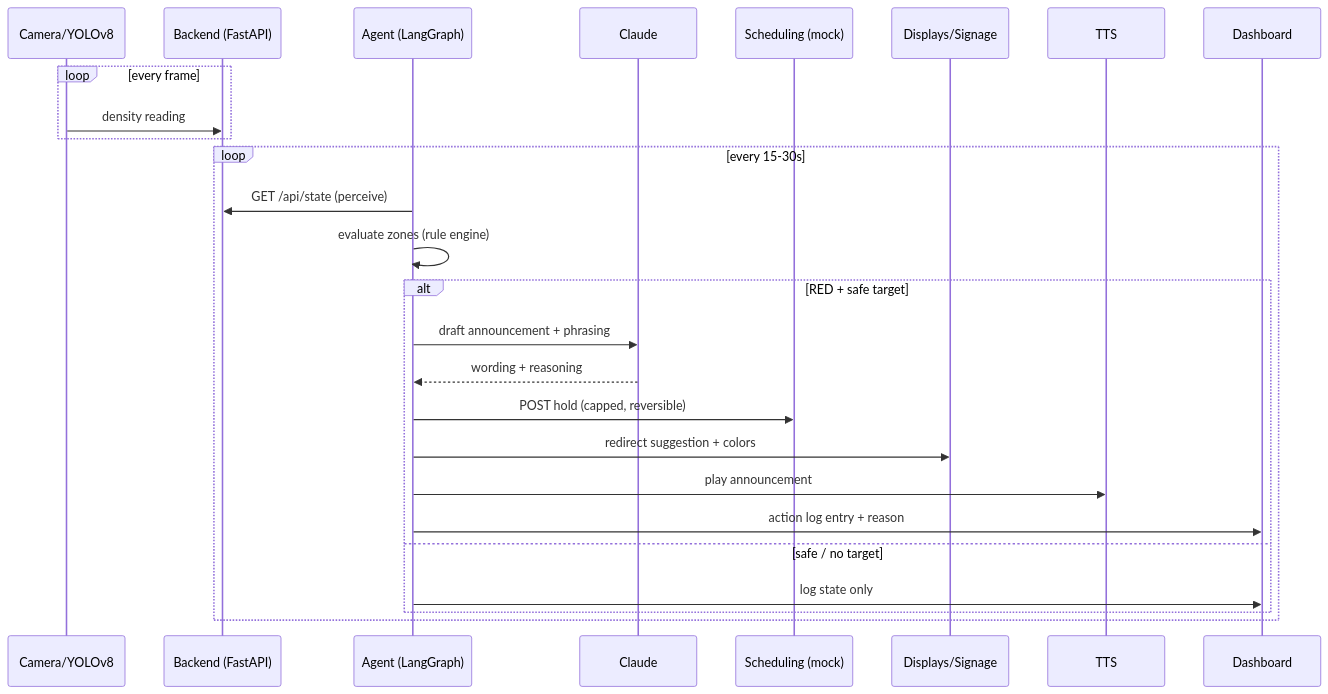
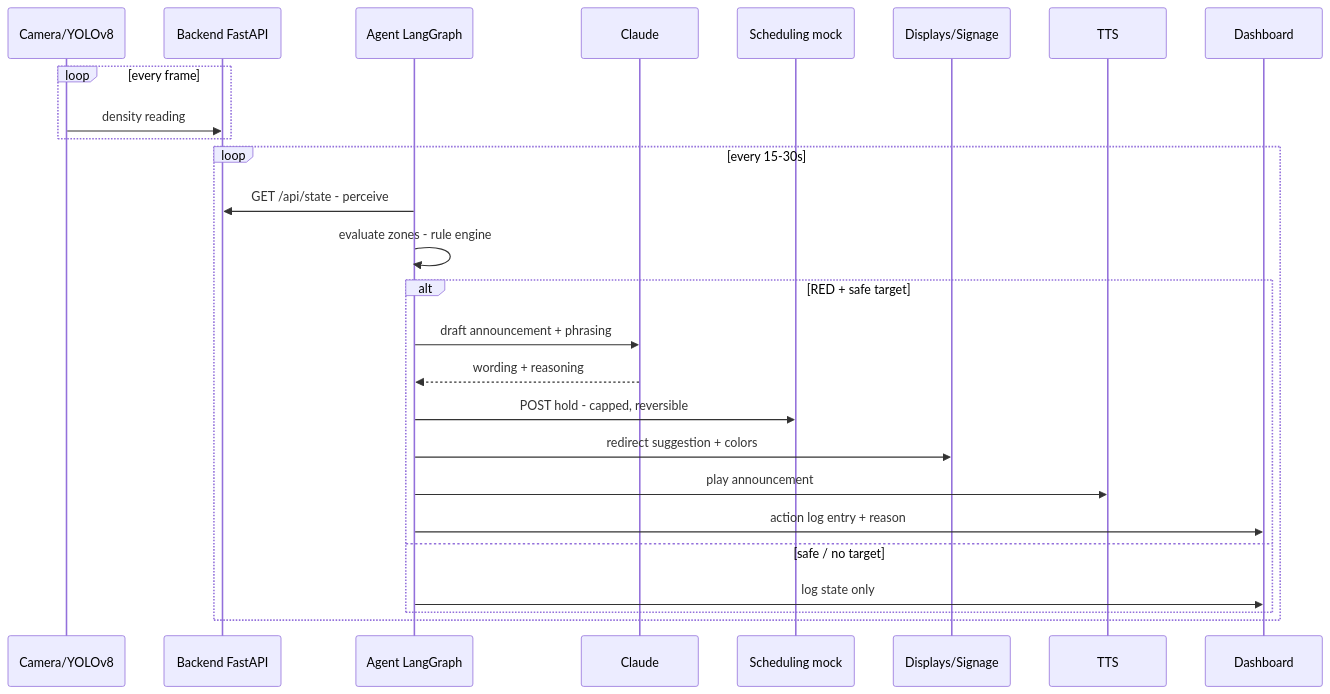
The second of 3 diagrams in AppFlow.md (HarshdeepAthawale/Autonomous-Platform-Crowd-Balancing-Agent), drawn with Mermaid before and after one commit. The commit also changed other lines of this file, not shown here.

First line of the commit message:
fix: make mermaid diagrams render on GitHub

````diff
--- a/AppFlow.md
+++ b/AppFlow.md
@@ -96,29 +96,29 @@
 ```mermaid
 sequenceDiagram
     participant Cam as Camera/YOLOv8
-    participant BE as Backend (FastAPI)
-    participant AG as Agent (LangGraph)
+    participant BE as Backend FastAPI
+    participant AG as Agent LangGraph
     participant LLM as Claude
-    participant SCH as Scheduling (mock)
+    participant SCH as Scheduling mock
     participant DSP as Displays/Signage
     participant TTS as TTS
     participant DSH as Dashboard
 
     loop every frame
         Cam->>BE: density reading
     end
     loop every 15-30s
-        AG->>BE: GET /api/state (perceive)
-        AG->>AG: evaluate zones (rule engine)
+        AG->>BE: GET /api/state - perceive
+        AG->>AG: evaluate zones - rule engine
         alt RED + safe target
             AG->>LLM: draft announcement + phrasing
             LLM-->>AG: wording + reasoning
-            AG->>SCH: POST hold (capped, reversible)
+            AG->>SCH: POST hold - capped, reversible
             AG->>DSP: redirect suggestion + colors
             AG->>TTS: play announcement
             AG->>DSH: action log entry + reason
         else safe / no target
             AG->>DSH: log state only
         end
     end
 ```
````
